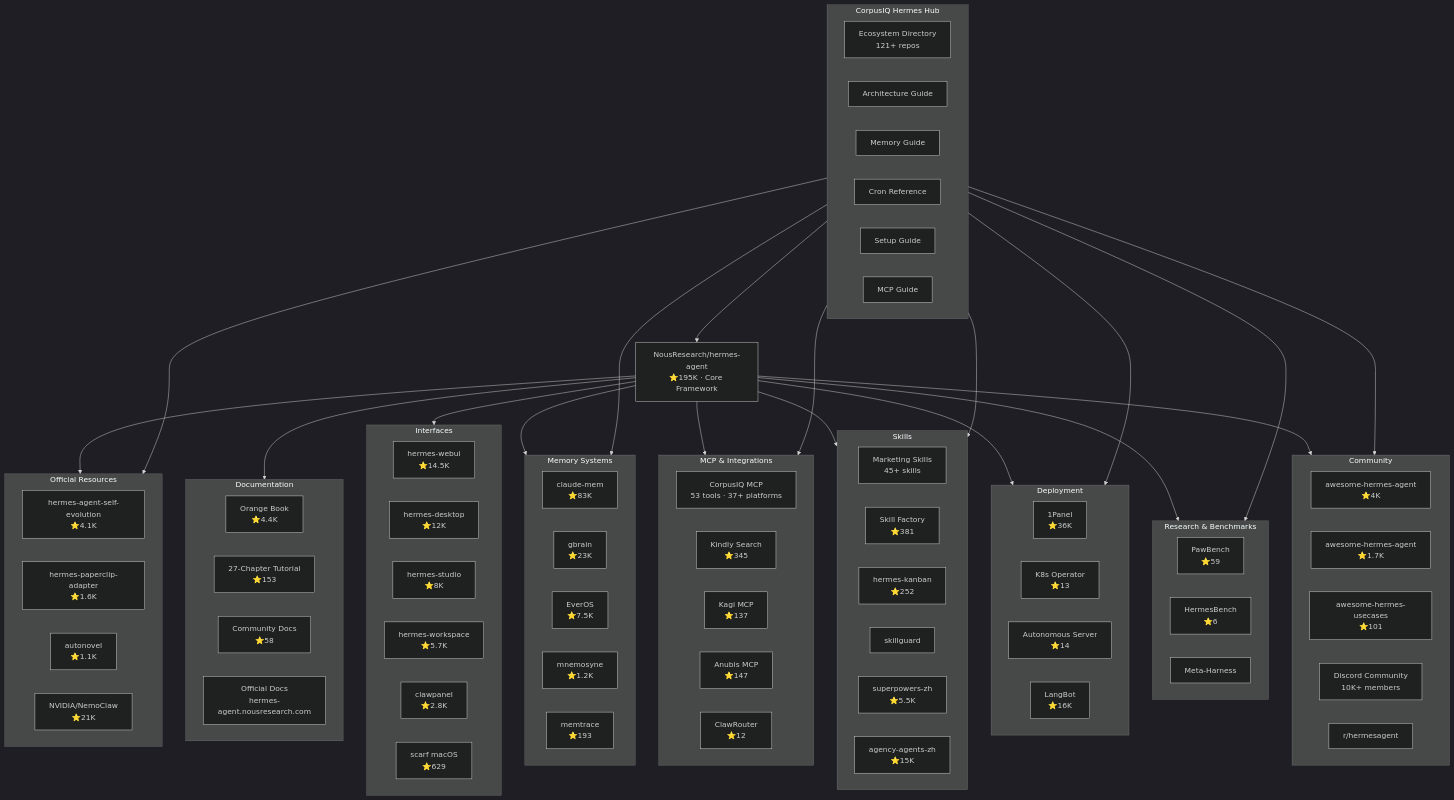
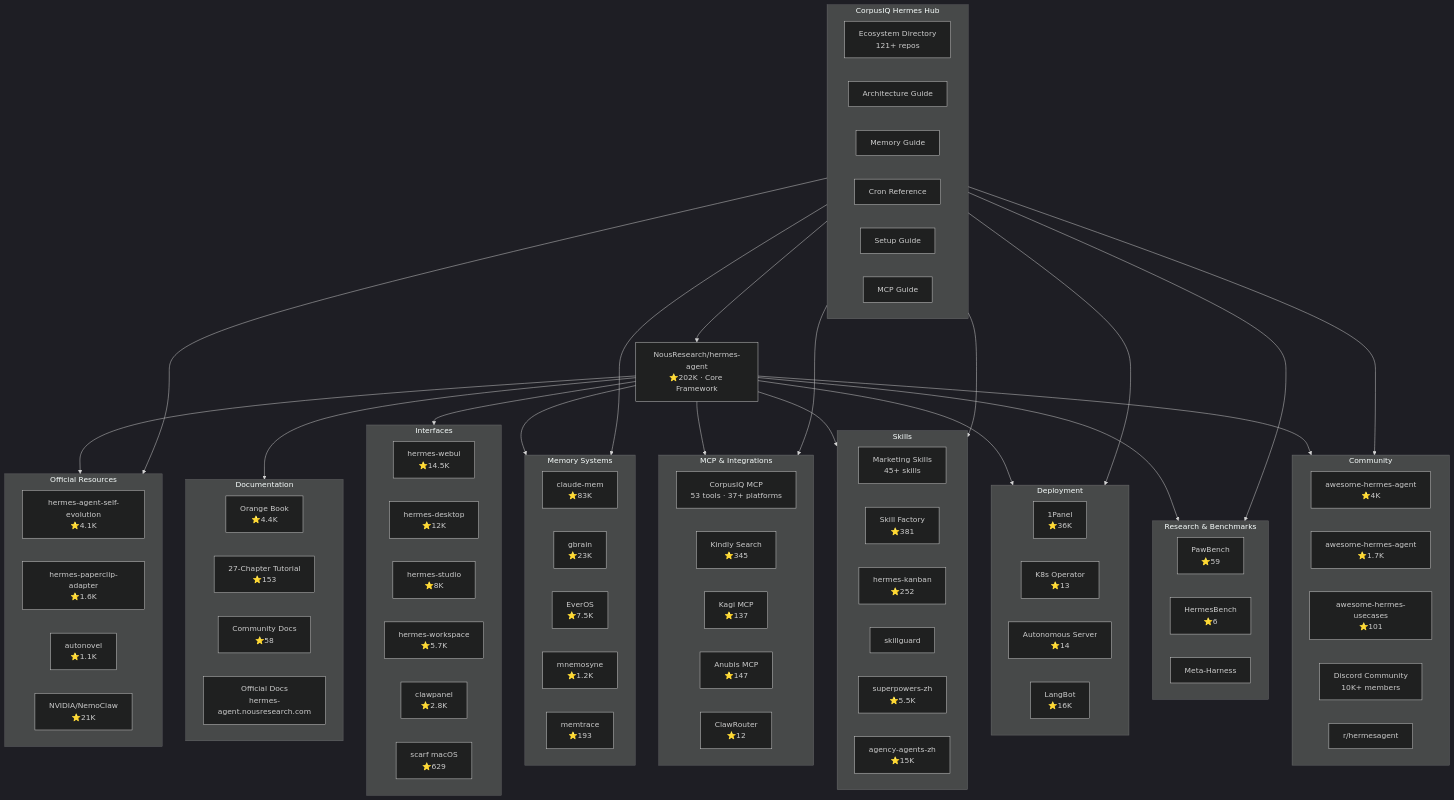
Before and after one commit to CorpusIQ/corpusiq-docs: the first of 4 diagrams in hermes/ecosystem-map.md, drawn with Mermaid (dark theme). The commit also changed other lines of this file and 2 other files, not shown here.

First line of the commit message:
Update Hermes star count: 195K → 202K across ecosystem docs

````diff
--- a/hermes/ecosystem-map.md
+++ b/hermes/ecosystem-map.md
@@ -12,6 +12,6 @@
 ```mermaid
 graph TB
-    CORE[NousResearch/hermes-agent<br/>⭐195K · Core Framework]
+    CORE[NousResearch/hermes-agent<br/>⭐202K · Core Framework]
 
     subgraph OFFICIAL[Official Resources]
         SELF[hermes-agent-self-evolution<br/>⭐4.1K]
````
